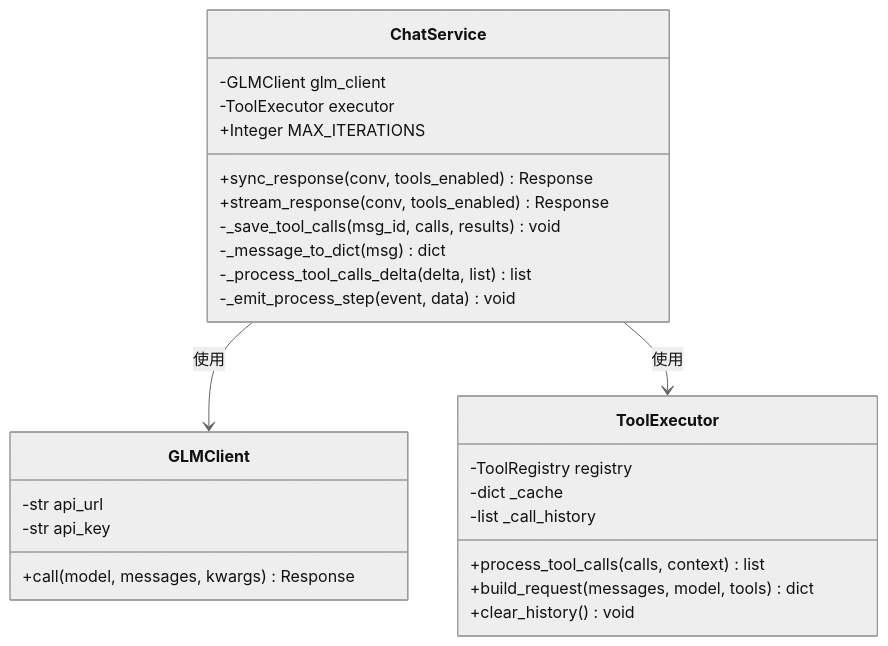
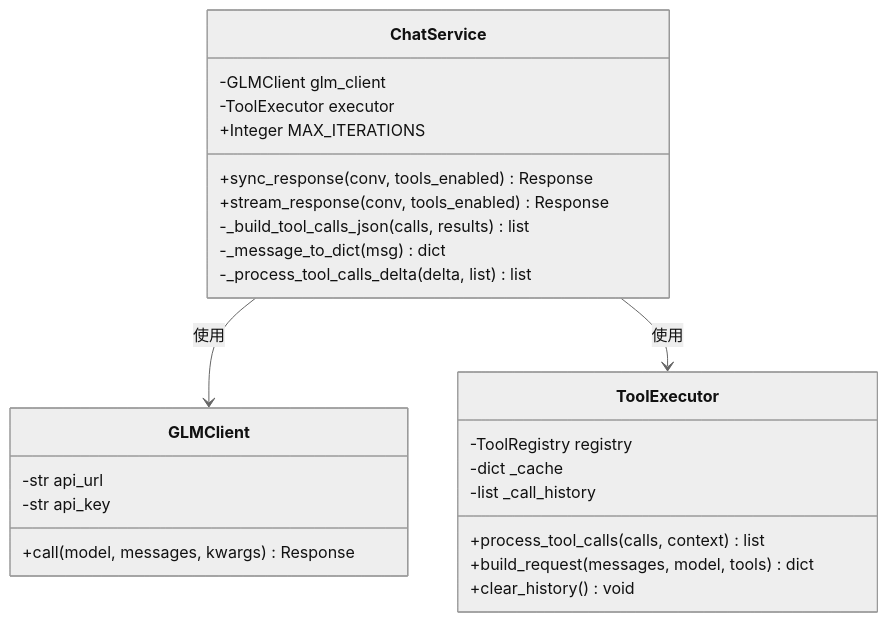
The third of 4 diagrams in docs/Design.md (ViperEkura/nanoClaw), drawn with Mermaid (neutral theme) before and after one commit. The commit also changed other lines of this file and 12 other files, not shown here.

````diff
--- a/docs/Design.md
+++ b/docs/Design.md
@@ -148,34 +166,33 @@
 ```mermaid
 classDiagram
     direction TB
 
     class ChatService {
         -GLMClient glm_client
         -ToolExecutor executor
         +Integer MAX_ITERATIONS
         +sync_response(conv, tools_enabled) Response
         +stream_response(conv, tools_enabled) Response
-        -_save_tool_calls(msg_id, calls, results) void
+        -_build_tool_calls_json(calls, results) list
         -_message_to_dict(msg) dict
         -_process_tool_calls_delta(delta, list) list
-        -_emit_process_step(event, data) void
     }
 
     class GLMClient {
         -str api_url
         -str api_key
         +call(model, messages, kwargs) Response
     }
 
     class ToolExecutor {
         -ToolRegistry registry
         -dict _cache
         -list _call_history
         +process_tool_calls(calls, context) list
         +build_request(messages, model, tools) dict
         +clear_history() void
     }
 
     ChatService --> GLMClient : 使用
     ChatService --> ToolExecutor : 使用
 ```
````
